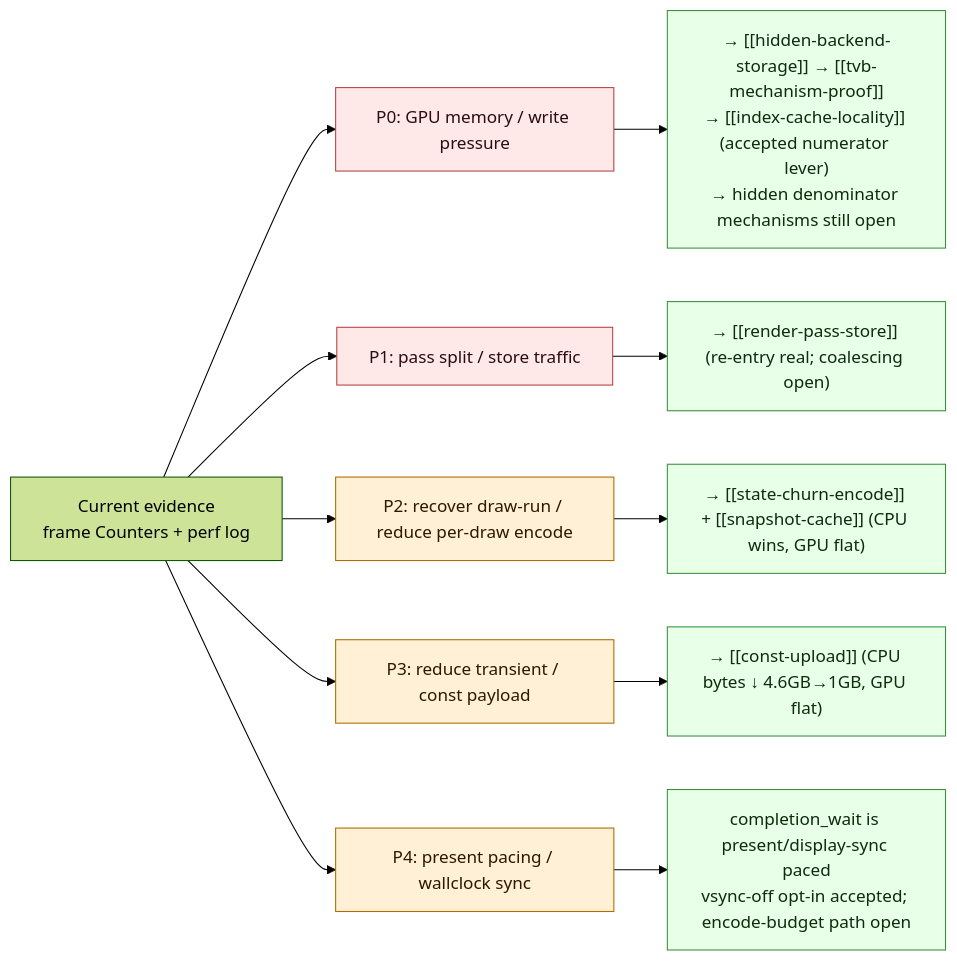
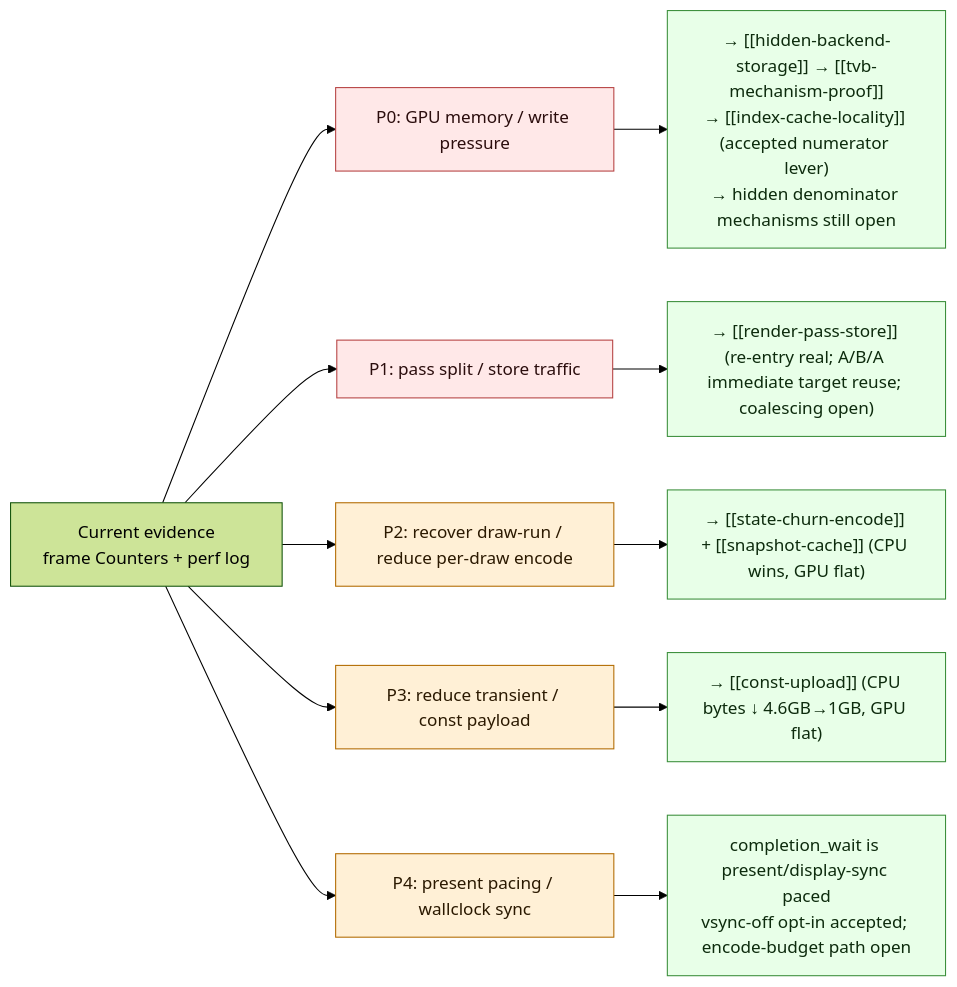
Before and after one commit to dfdgsdfg/dxmt9: the second of 3 diagrams in docs/perfomance/overview-3dmark05-gt1.md, drawn with Mermaid (forest theme). The commit also changed other lines of this file and 60 other files, not shown here.

````diff
--- a/docs/perfomance/overview-3dmark05-gt1.md
+++ b/docs/perfomance/overview-3dmark05-gt1.md
@@ -159,21 +508,21 @@
 ```mermaid
 flowchart LR
   Start["Current evidence\nframe Counters + perf log"] --> P0["P0: GPU memory / write pressure"]
   Start --> P1["P1: pass split / store traffic"]
   Start --> P2["P2: recover draw-run / reduce per-draw encode"]
   Start --> P3["P3: reduce transient / const payload"]
   Start --> P4["P4: present pacing / wallclock sync"]
 
   P0 --> P0r["→ [[hidden-backend-storage]] → [[tvb-mechanism-proof]]\n→ [[index-cache-locality]] (accepted numerator lever)\n→ hidden denominator mechanisms still open"]
-  P1 --> P1r["→ [[render-pass-store]] (re-entry real; coalescing open)"]
+  P1 --> P1r["→ [[render-pass-store]] (re-entry real; A/B/A immediate target reuse; coalescing open)"]
   P2 --> P2r["→ [[state-churn-encode]] + [[snapshot-cache]] (CPU wins, GPU flat)"]
   P3 --> P3r["→ [[const-upload]] (CPU bytes ↓ 4.6GB→1GB, GPU flat)"]
   P4 --> P4r["completion_wait is present/display-sync paced\nvsync-off opt-in accepted; encode-budget path open"]
 
   classDef p0 fill:#ffe8e8,stroke:#b64242,color:#2b0d0d
   classDef p1 fill:#fff0d6,stroke:#b26b00,color:#2b1900
   classDef act fill:#e8ffe8,stroke:#3c8f3c,color:#0d2b0d
   class P0,P1 p0
   class P2,P3,P4 p1
   class P0r,P1r,P2r,P3r,P4r act
 ```
````
